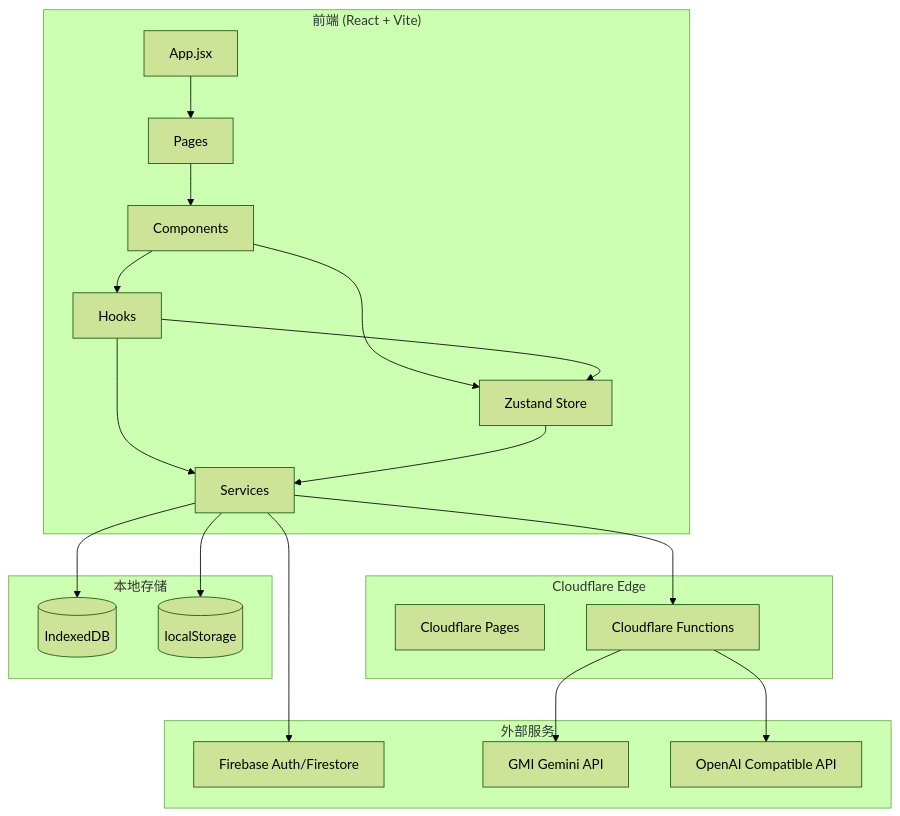
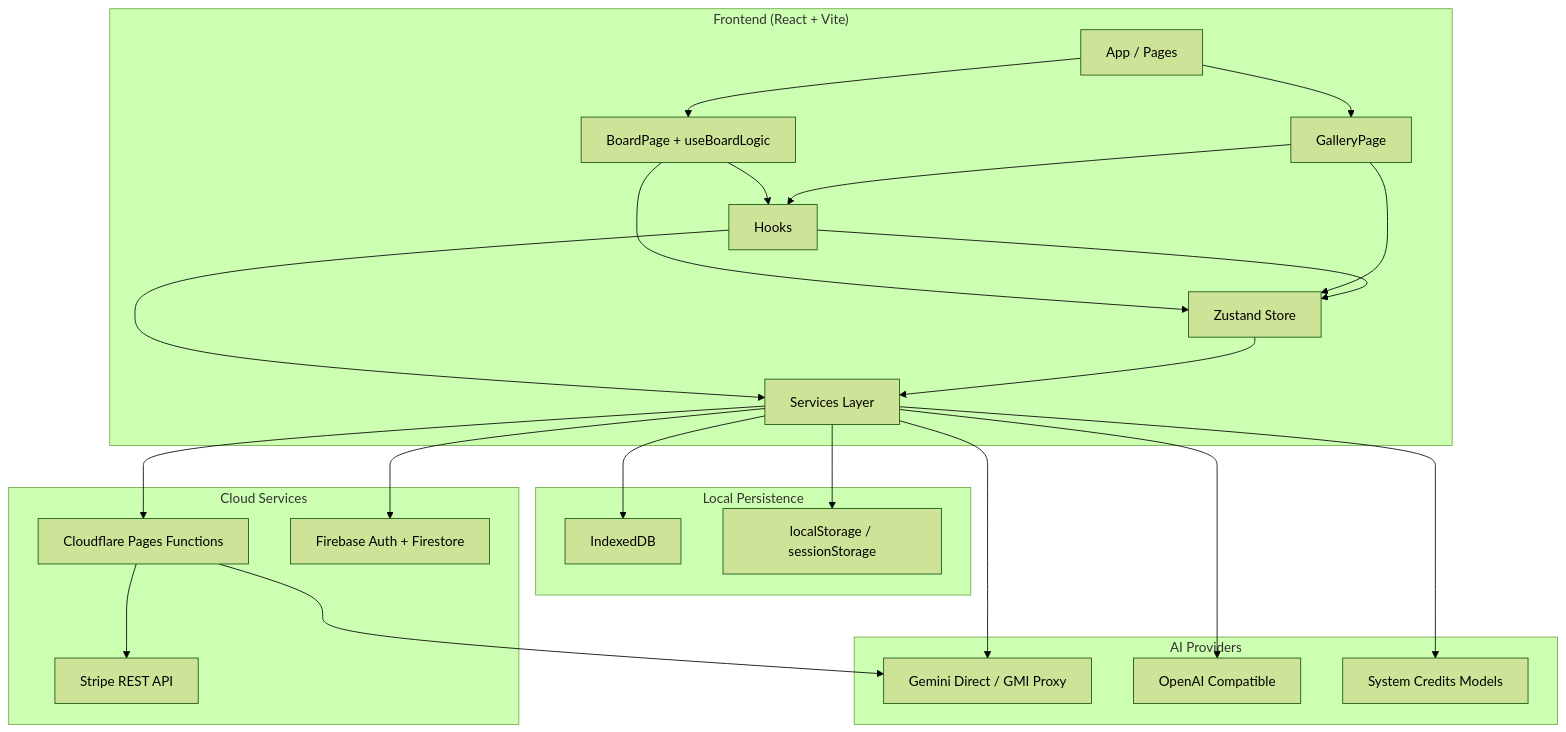
The first of 3 diagrams in docs/ARCHITECTURE.md (sorrow233/nexmap), drawn with Mermaid (forest theme) before and after one commit. The commit also changed other lines of this file and 14 other files, not shown here.

````diff
--- a/docs/ARCHITECTURE.md
+++ b/docs/ARCHITECTURE.md
@@ -5,43 +5,49 @@
 ```mermaid
 graph TB
-    subgraph Frontend["前端 (React + Vite)"]
-        App[App.jsx]
-        Pages[Pages]
-        Components[Components]
-        Hooks[Hooks]
-        Store[Zustand Store]
-        Services[Services]
+    subgraph Frontend["Frontend (React + Vite)"]
+        App["App / Pages"]
+        Board["BoardPage + useBoardLogic"]
+        Gallery["GalleryPage"]
+        Store["Zustand Store"]
+        Hooks["Hooks"]
+        Services["Services Layer"]
     end
-    
-    subgraph CloudflareEdge["Cloudflare Edge"]
-        CFPages[Cloudflare Pages]
-        CFFunc[Cloudflare Functions]
+
+    subgraph Local["Local Persistence"]
+        IDB["IndexedDB"]
+        LS["localStorage / sessionStorage"]
     end
-    
-    subgraph ExternalServices["外部服务"]
-        Firebase[Firebase Auth/Firestore]
-        GMI[GMI Gemini API]
-        OpenAI[OpenAI Compatible API]
+
+    subgraph Cloud["Cloud Services"]
+        CF["Cloudflare Pages Functions"]
+        Firebase["Firebase Auth + Firestore"]
+        Stripe["Stripe REST API"]
     end
-    
-    subgraph LocalStorage["本地存储"]
-        IDB[(IndexedDB)]
-        LS[(localStorage)]
+
+    subgraph AI["AI Providers"]
+        Gemini["Gemini Direct / GMI Proxy"]
+        OpenAI["OpenAI Compatible"]
+        System["System Credits Models"]
     end
-    
-    App --> Pages
-    Pages --> Components
-    Components --> Hooks
-    Components --> Store
+
+    App --> Board
+    App --> Gallery
+    Board --> Hooks
+    Gallery --> Hooks
+    Board --> Store
+    Gallery --> Store
     Hooks --> Store
     Hooks --> Services
     Store --> Services
-    
-    Services --> CFFunc
-    Services --> Firebase
+
     Services --> IDB
     Services --> LS
-    
-    CFFunc --> GMI
-    CFFunc --> OpenAI
+    Services --> Firebase
+    Services --> CF
+
+    CF --> Gemini
+    CF --> Stripe
+    Services --> OpenAI
+    Services --> Gemini
+    Services --> System
 ```
````
